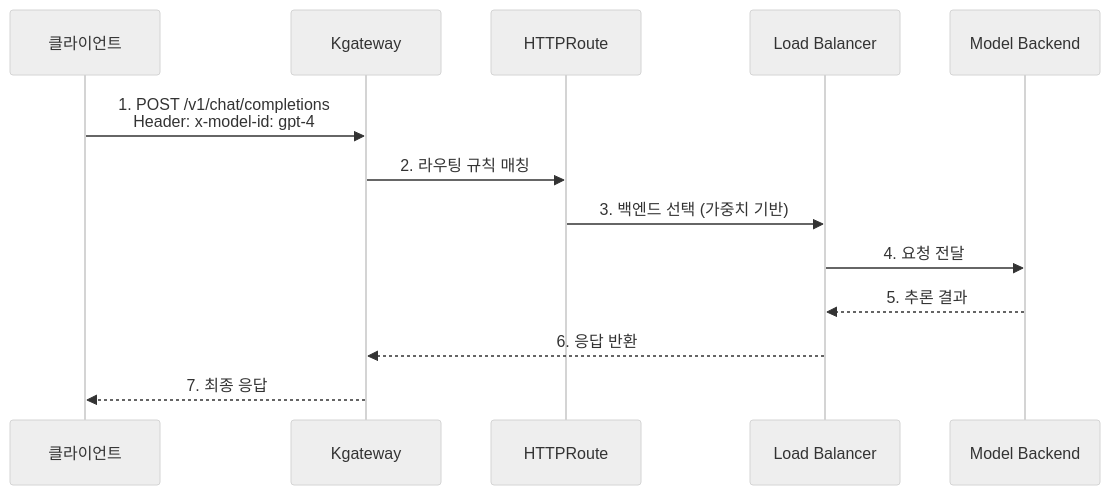
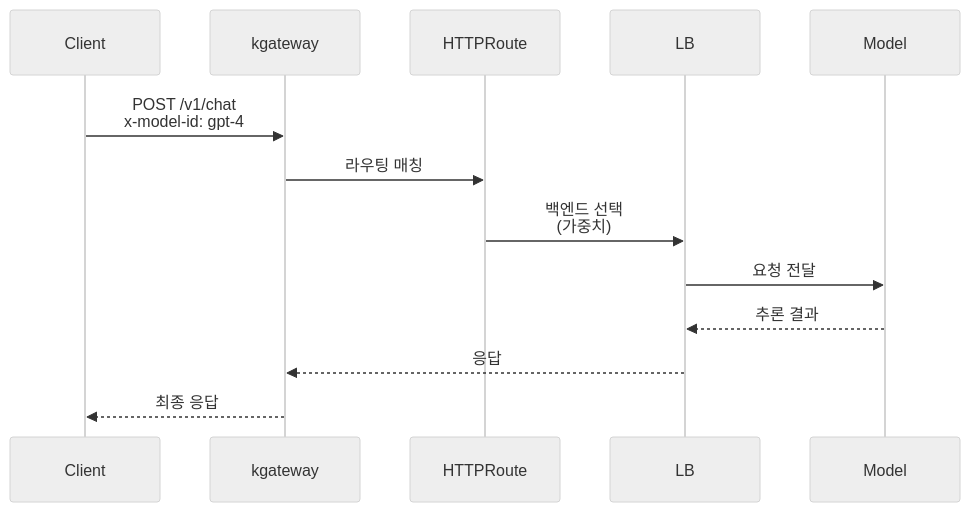
One commit to devfloor9/engineering-playbook changed the second of 4 diagrams in docs/agentic-ai-platform/gateway-agents/inference-gateway-routing.md. Above: the diagram before and after it, drawn with Mermaid (neutral theme). The commit also changed other lines of this file and 24 other files, not shown here.

````diff
--- a/docs/agentic-ai-platform/gateway-agents/inference-gateway-routing.md
+++ b/docs/agentic-ai-platform/gateway-agents/inference-gateway-routing.md
@@ -98,16 +96,16 @@
 ```mermaid
 sequenceDiagram
-    participant Client as 클라이언트
-    participant GW as Kgateway
-    participant Route as HTTPRoute
-    participant LB as Load Balancer
-    participant Model as Model Backend
-    
-    Client->>GW: 1. POST /v1/chat/completions<br/>Header: x-model-id: gpt-4
-    GW->>Route: 2. 라우팅 규칙 매칭
-    Route->>LB: 3. 백엔드 선택 (가중치 기반)
-    LB->>Model: 4. 요청 전달
-    Model-->>LB: 5. 추론 결과
-    LB-->>GW: 6. 응답 반환
-    GW-->>Client: 7. 최종 응답
+    participant C as Client
+    participant G as kgateway
+    participant R as HTTPRoute
+    participant L as LB
+    participant M as Model
+
+    C->>G: POST /v1/chat<br/>x-model-id: gpt-4
+    G->>R: 라우팅 매칭
+    R->>L: 백엔드 선택<br/>(가중치)
+    L->>M: 요청 전달
+    M-->>L: 추론 결과
+    L-->>G: 응답
+    G-->>C: 최종 응답
 ```
````
